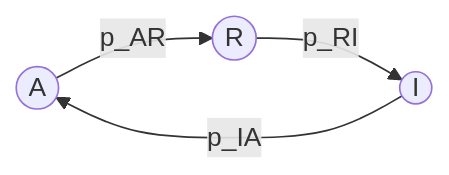
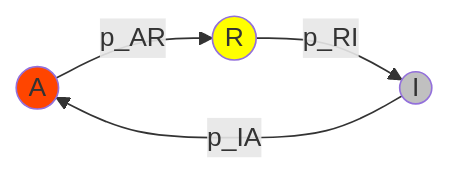
One commit to rikitoro/shimmering changed the first of 2 diagrams in README.md. Above: the diagram before and after it, drawn with Mermaid. The commit also changed other lines of this file and 1 other file, not shown here.

````diff
--- a/README.md
+++ b/README.md
@@ -10,10 +10,14 @@
 ```mermaid
 flowchart LR
   A(("A"))
   R(("R"))
   I(("I"))
 
 I -->|p_IA| A
 A -->|p_AR| R
 R -->|p_RI| I
+
+style A fill:#ff4500
+style R fill:#ffff00
+style I fill:#C0C0C0
 ```
````
